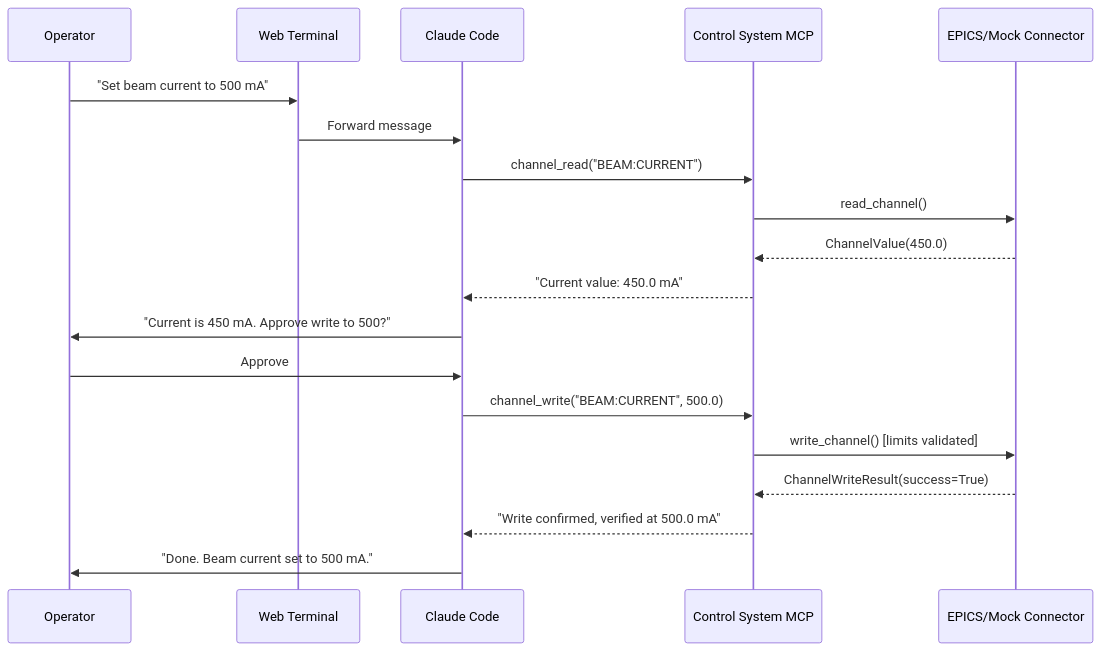
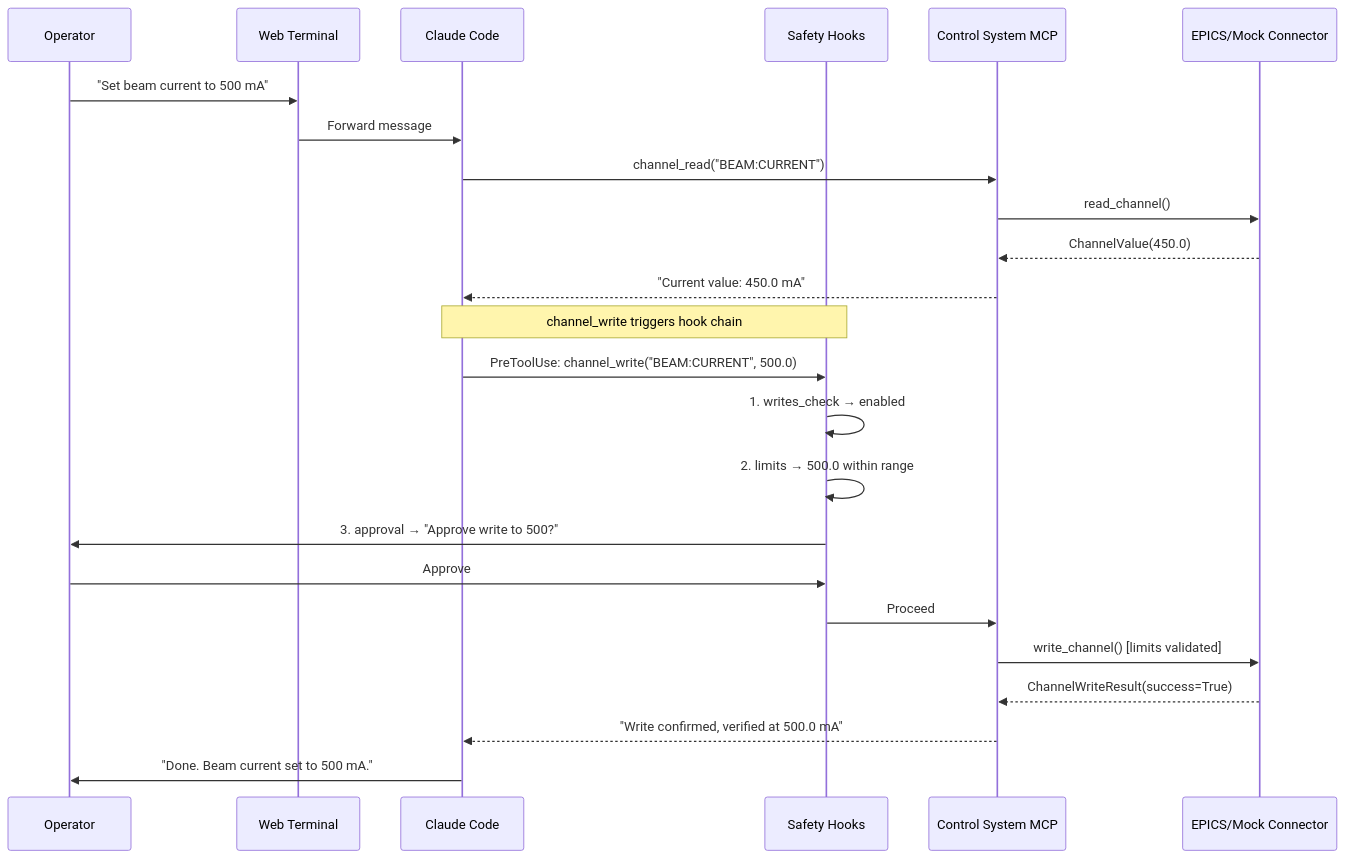
The third of 3 diagrams in docs/source/architecture/index.rst (als-apg/osprey), drawn with Mermaid before and after one commit. The commit also changed other lines of this file, not shown here.

First line of the commit message:
docs(architecture): rewrite architecture overview page

```diff
--- a/docs/source/architecture/index.rst
+++ b/docs/source/architecture/index.rst
@@ -68,22 +126,28 @@
 .. mermaid::
 
    sequenceDiagram
        participant Op as Operator
        participant WT as Web Terminal
        participant CC as Claude Code
+       participant H as Safety Hooks
        participant CS as Control System MCP
        participant Conn as EPICS/Mock Connector
 
        Op->>WT: "Set beam current to 500 mA"
        WT->>CC: Forward message
        CC->>CS: channel_read("BEAM:CURRENT")
        CS->>Conn: read_channel()
        Conn-->>CS: ChannelValue(450.0)
        CS-->>CC: "Current value: 450.0 mA"
-       CC->>Op: "Current is 450 mA. Approve write to 500?"
-       Op->>CC: Approve
-       CC->>CS: channel_write("BEAM:CURRENT", 500.0)
+
+       Note over CC,H: channel_write triggers hook chain
+       CC->>H: PreToolUse: channel_write("BEAM:CURRENT", 500.0)
+       H->>H: 1. writes_check → enabled
+       H->>H: 2. limits → 500.0 within range
+       H->>Op: 3. approval → "Approve write to 500?"
+       Op->>H: Approve
+       H->>CS: Proceed
        CS->>Conn: write_channel() [limits validated]
        Conn-->>CS: ChannelWriteResult(success=True)
        CS-->>CC: "Write confirmed, verified at 500.0 mA"
        CC->>Op: "Done. Beam current set to 500 mA."
```
